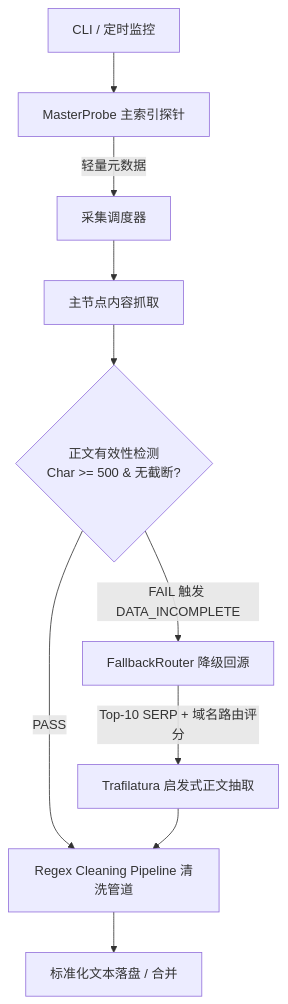
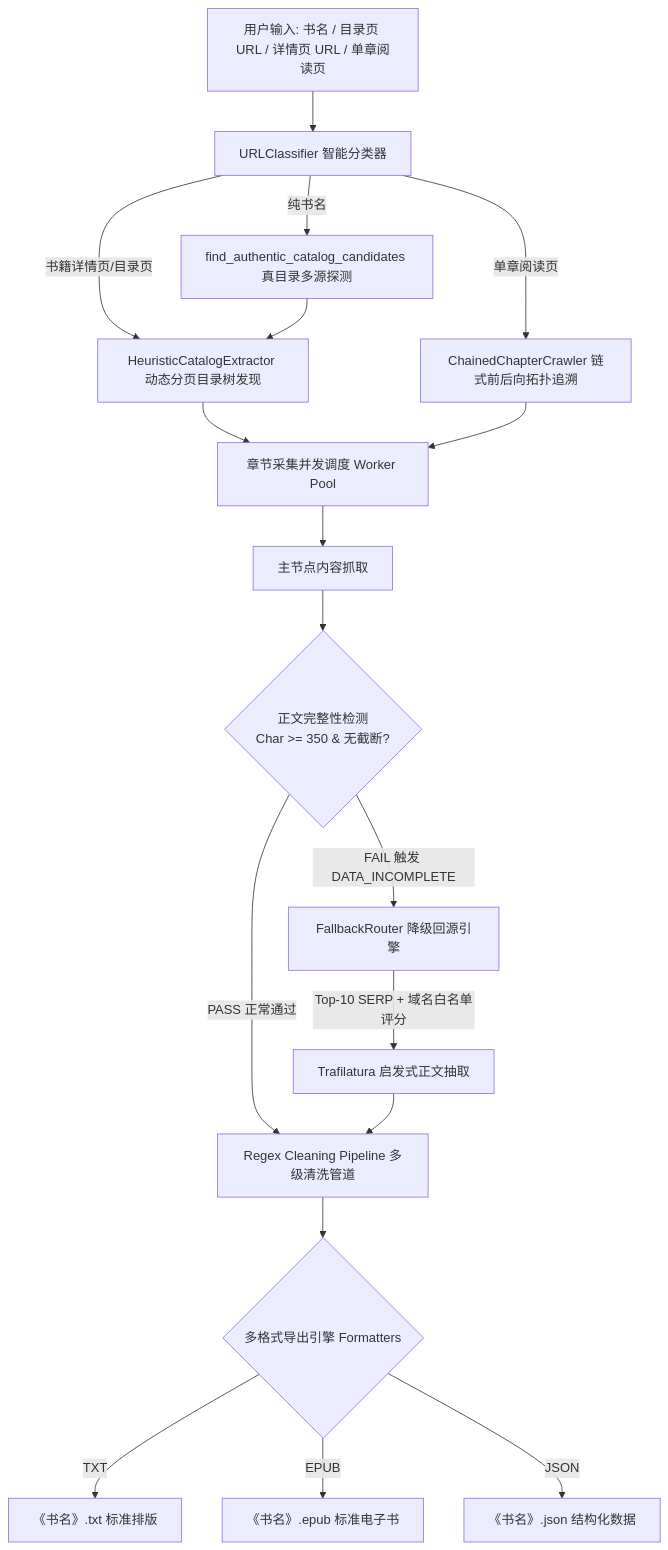
One commit to lzl86/novel-tracker changed the diagram in README.md. Above: the diagram before and after it, drawn with Mermaid. The commit also changed other lines of this file and 5 other files, not shown here.

Commit message:
feat(release): NovelTracker 2.0 release with Fallback Routing, Universal Extractor, Anti-Noise Validation, and Multi-Format Formatters

````diff
--- a/README.md
+++ b/README.md
@@ -24,12 +38,26 @@
 ```mermaid
 flowchart TD
-    A[CLI / 定时监控] --> B[MasterProbe 主索引探针]
-    B -->|轻量元数据| C[采集调度器]
-    C --> D[主节点内容抓取]
-    D --> E{正文有效性检测<br/>Char >= 500 & 无截断?}
-    E -->|PASS| G[Regex Cleaning Pipeline 清洗管道]
-    E -->|FAIL 触发 DATA_INCOMPLETE| F[FallbackRouter 降级回源]
-    F -->|Top-10 SERP + 域名路由评分| F1[Trafilatura 启发式正文抽取]
-    F1 --> G
-    G --> H[标准化文本落盘 / 合并]
+    A[用户输入: 书名 / 目录页 URL / 详情页 URL / 单章阅读页] --> B[URLClassifier 智能分类器]
+    
+    B -->|纯书名| C[find_authentic_catalog_candidates 真目录多源探测]
+    B -->|书籍详情页/目录页| D[HeuristicCatalogExtractor 动态分页目录树发现]
+    B -->|单章阅读页| E[ChainedChapterCrawler 链式前后向拓扑追溯]
+    
+    C --> D
+    D --> F[章节采集并发调度 Worker Pool]
+    E --> F
+    
+    F --> G[主节点内容抓取]
+    G --> H{正文完整性检测<br/>Char >= 350 & 无截断?}
+    
+    H -->|PASS 正常通过| J[Regex Cleaning Pipeline 多级清洗管道]
+    H -->|FAIL 触发 DATA_INCOMPLETE| I[FallbackRouter 降级回源引擎]
+    
+    I -->|Top-10 SERP + 域名白名单评分| I1[Trafilatura 启发式正文抽取]
+    I1 --> J
+    
+    J --> K{多格式导出引擎 Formatters}
+    K -->|TXT| L1[《书名》.txt 标准排版]
+    K -->|EPUB| L2[《书名》.epub 标准电子书]
+    K -->|JSON| L3[《书名》.json 结构化数据]
 ```
````
